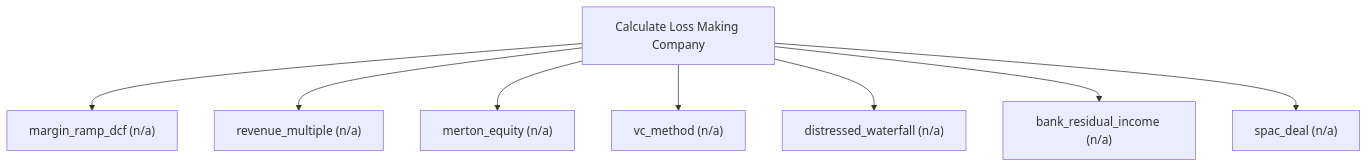
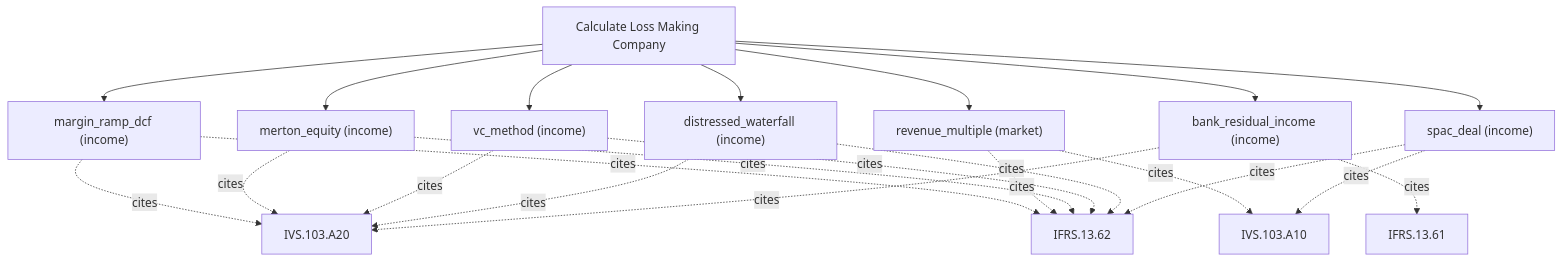
The diagram in docs/methods/calculate_loss_making_company.md (simonmak-ascent/fair-value), drawn with Mermaid before and after one commit. The commit also changed other lines of this file and 18 other files, not shown here.

````diff
--- a/docs/methods/calculate_loss_making_company.md
+++ b/docs/methods/calculate_loss_making_company.md
@@ -5,11 +5,25 @@
 ```mermaid
 flowchart TD
   T[Calculate Loss Making Company]
-  T --> calculate_loss_making_company_margin_ramp_dcf["margin_ramp_dcf (n/a)"]
-  T --> calculate_loss_making_company_revenue_multiple["revenue_multiple (n/a)"]
-  T --> calculate_loss_making_company_merton_equity["merton_equity (n/a)"]
-  T --> calculate_loss_making_company_vc_method["vc_method (n/a)"]
-  T --> calculate_loss_making_company_distressed_waterfall["distressed_waterfall (n/a)"]
-  T --> calculate_loss_making_company_bank_residual_income["bank_residual_income (n/a)"]
-  T --> calculate_loss_making_company_spac_deal["spac_deal (n/a)"]
+  T --> calculate_loss_making_company_margin_ramp_dcf["margin_ramp_dcf (income)"]
+  calculate_loss_making_company_margin_ramp_dcf -. cites .-> IVS_103_A20[IVS.103.A20]
+  calculate_loss_making_company_margin_ramp_dcf -. cites .-> IFRS_13_62[IFRS.13.62]
+  T --> calculate_loss_making_company_revenue_multiple["revenue_multiple (market)"]
+  calculate_loss_making_company_revenue_multiple -. cites .-> IVS_103_A10[IVS.103.A10]
+  calculate_loss_making_company_revenue_multiple -. cites .-> IFRS_13_62[IFRS.13.62]
+  T --> calculate_loss_making_company_merton_equity["merton_equity (income)"]
+  calculate_loss_making_company_merton_equity -. cites .-> IVS_103_A20[IVS.103.A20]
+  calculate_loss_making_company_merton_equity -. cites .-> IFRS_13_62[IFRS.13.62]
+  T --> calculate_loss_making_company_vc_method["vc_method (income)"]
+  calculate_loss_making_company_vc_method -. cites .-> IVS_103_A20[IVS.103.A20]
+  calculate_loss_making_company_vc_method -. cites .-> IFRS_13_62[IFRS.13.62]
+  T --> calculate_loss_making_company_distressed_waterfall["distressed_waterfall (income)"]
+  calculate_loss_making_company_distressed_waterfall -. cites .-> IVS_103_A20[IVS.103.A20]
+  calculate_loss_making_company_distressed_waterfall -. cites .-> IFRS_13_62[IFRS.13.62]
+  T --> calculate_loss_making_company_bank_residual_income["bank_residual_income (income)"]
+  calculate_loss_making_company_bank_residual_income -. cites .-> IVS_103_A20[IVS.103.A20]
+  calculate_loss_making_company_bank_residual_income -. cites .-> IFRS_13_61[IFRS.13.61]
+  T --> calculate_loss_making_company_spac_deal["spac_deal (income)"]
+  calculate_loss_making_company_spac_deal -. cites .-> IVS_103_A10[IVS.103.A10]
+  calculate_loss_making_company_spac_deal -. cites .-> IFRS_13_62[IFRS.13.62]
 ```
````
